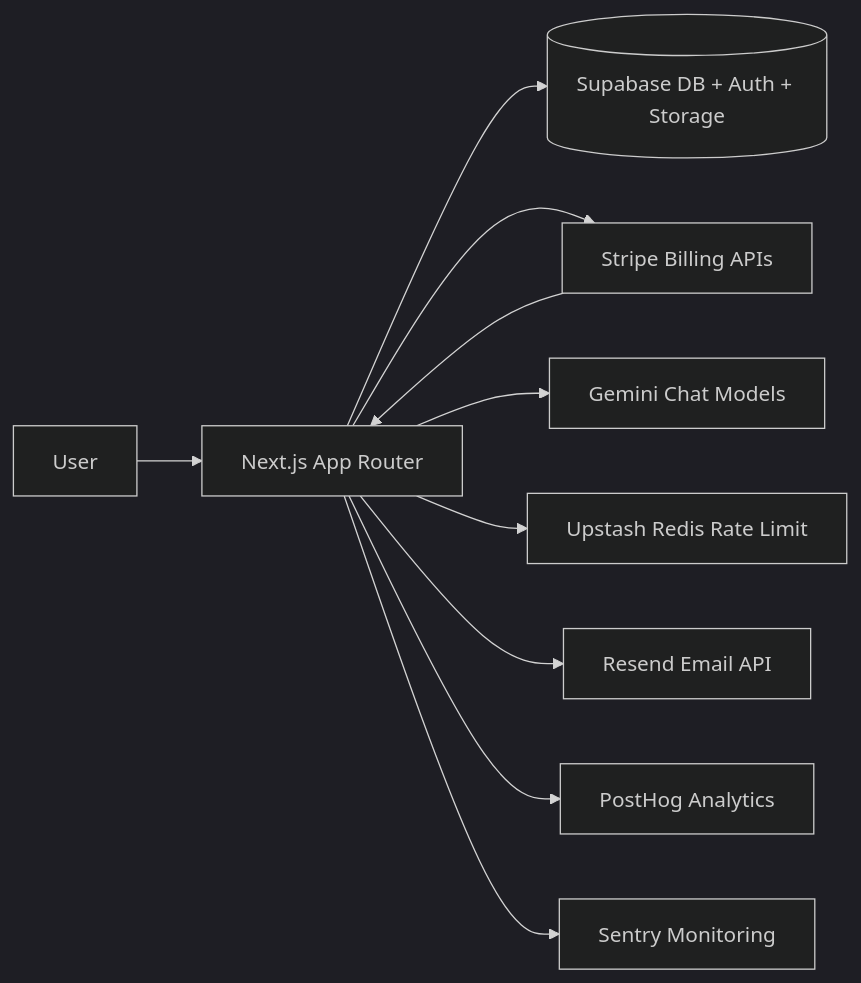
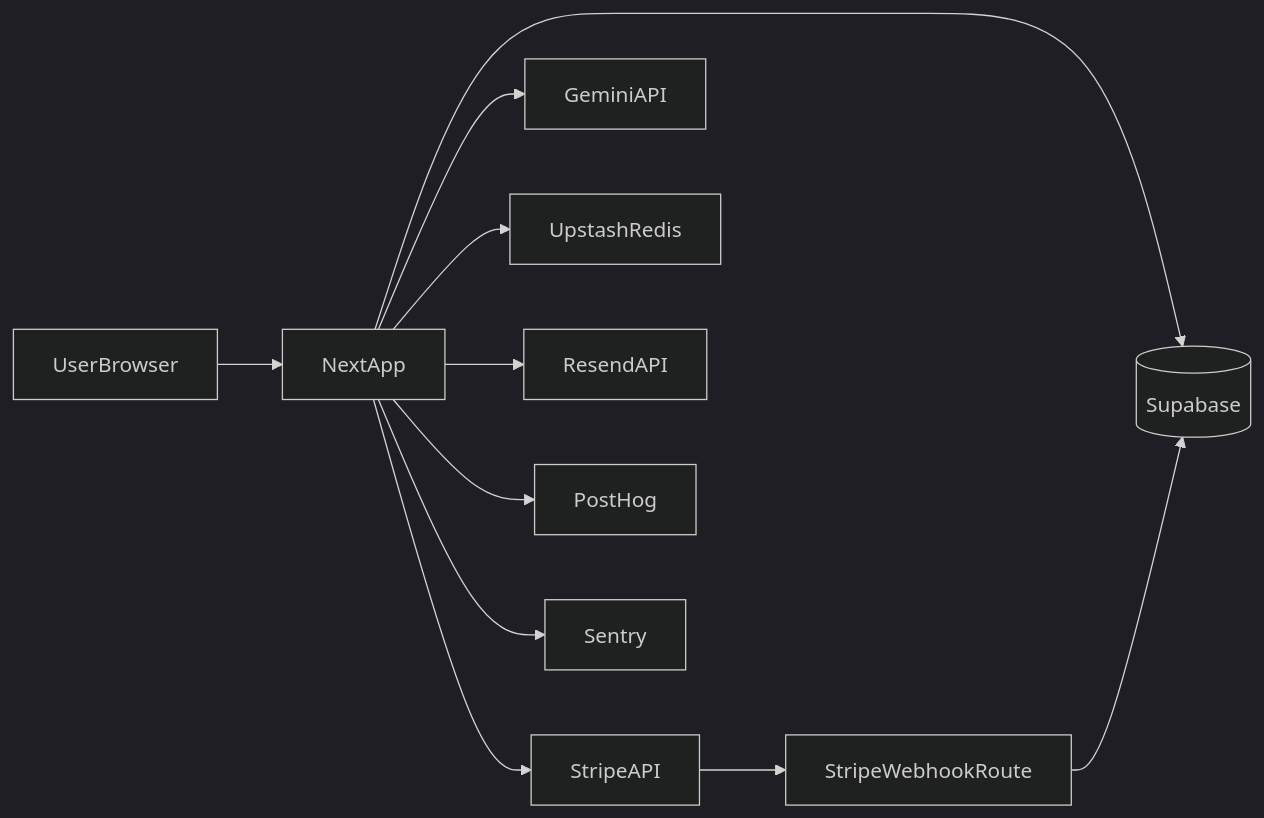
One commit to adarsh25-dev/nextjs-supabase-ai-saas-starter changed the diagram in README.md. Above: the diagram before and after it, drawn with Mermaid (dark theme). The commit also changed other lines of this file and 60 other files, not shown here.

Commit message:
Enhance authentication and billing features by adding Zod validation for user inputs, refactoring chat session management, and updating README with detailed environment variables and project structure. Remove deprecated files and improve Sentry integration for error tracking.

````diff
--- a/README.md
+++ b/README.md
@@ -54,12 +79,13 @@
 ```mermaid
 flowchart LR
-  User --> NextApp[Next.js App Router]
-  NextApp --> Supabase[(Supabase DB + Auth + Storage)]
-  NextApp --> Stripe[Stripe Billing APIs]
-  NextApp --> Gemini[Gemini Chat Models]
-  NextApp --> Upstash[Upstash Redis Rate Limit]
-  NextApp --> Resend[Resend Email API]
-  NextApp --> PostHog[PostHog Analytics]
-  NextApp --> Sentry[Sentry Monitoring]
-  Stripe --> NextApp
+  user[UserBrowser] --> nextApp[NextApp]
+  nextApp --> supabase[(Supabase)]
+  nextApp --> stripe[StripeAPI]
+  nextApp --> gemini[GeminiAPI]
+  nextApp --> upstash[UpstashRedis]
+  nextApp --> resend[ResendAPI]
+  nextApp --> posthog[PostHog]
+  nextApp --> sentry[Sentry]
+  stripe --> webhook[StripeWebhookRoute]
+  webhook --> supabase
 ```
````
